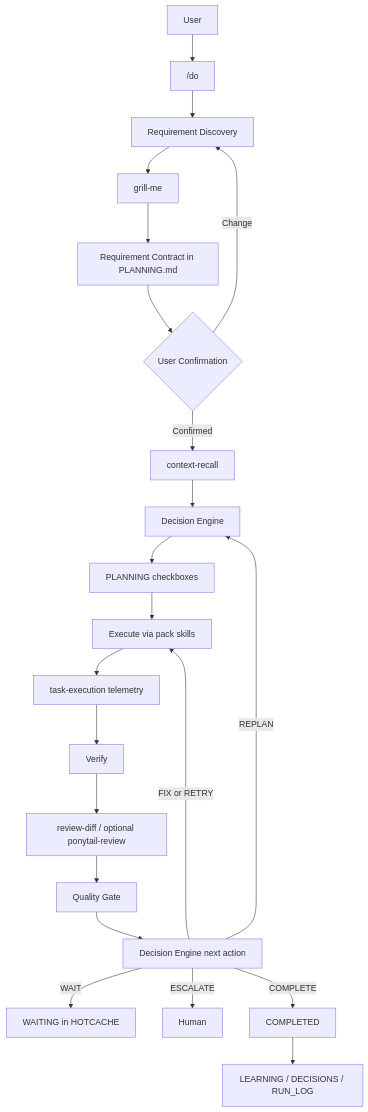
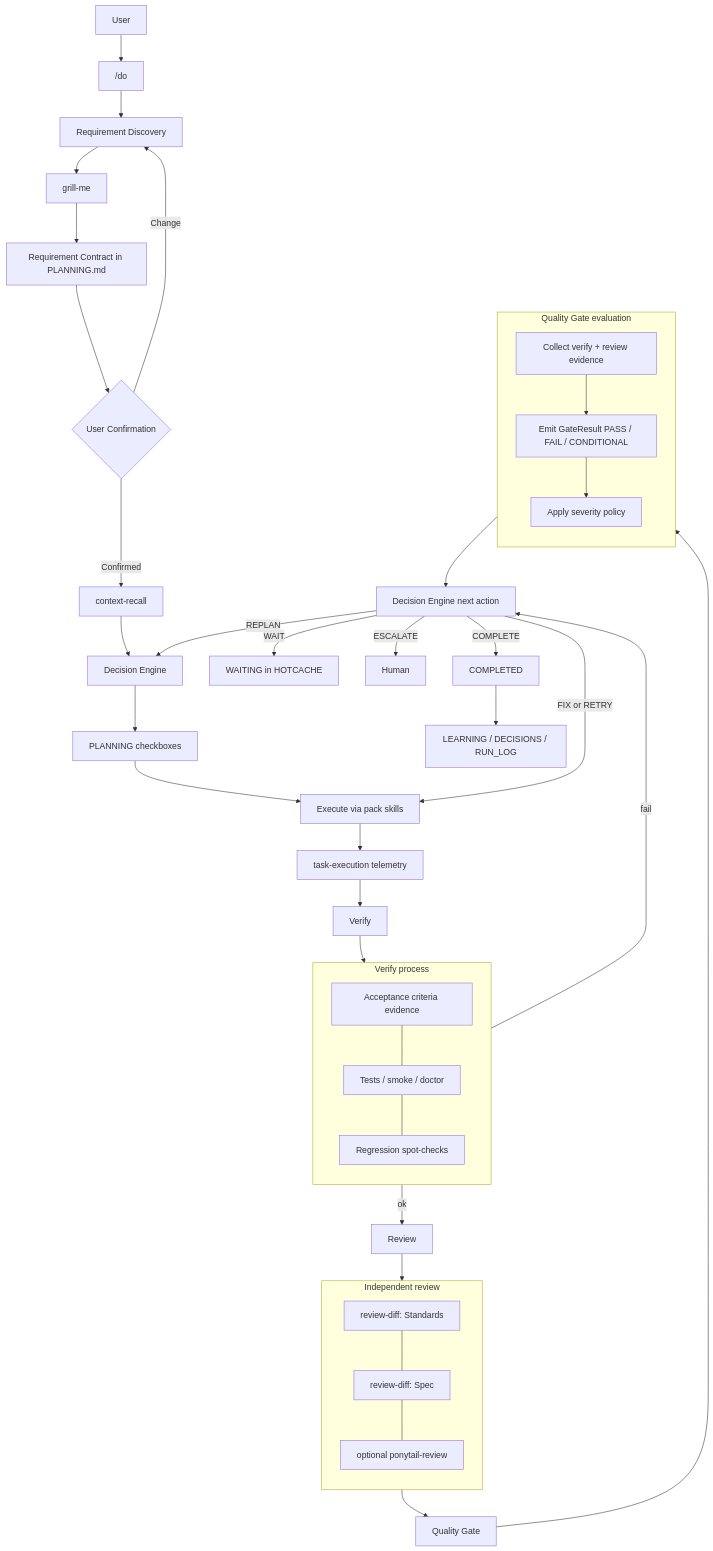
Before and after one commit to krerapus/assets-blueprint: the diagram in docs/loop-engineering.md, drawn with Mermaid. The commit also changed other lines of this file, not shown here.

Commit message:
loop-engineer | 🤖 docs: expand Verify and Quality Gate in loop-engineering

````diff
--- a/docs/loop-engineering.md
+++ b/docs/loop-engineering.md
@@ -72,27 +146,55 @@
 ```mermaid
 flowchart TD
     U[User] --> DO["/do"]
     DO --> RD[Requirement Discovery]
     RD --> G[grill-me]
     G --> RC[Requirement Contract in PLANNING.md]
     RC --> C{User Confirmation}
 
     C -->|Change| RD
     C -->|Confirmed| CTX[context-recall]
 
     CTX --> DE[Decision Engine]
     DE --> P[PLANNING checkboxes]
     P --> EX[Execute via pack skills]
     EX --> TE[task-execution telemetry]
+
     TE --> V[Verify]
-    V --> R[review-diff / optional ponytail-review]
-    R --> QG[Quality Gate]
+    subgraph VERIFY["Verify process"]
+      direction TB
+      V1[Acceptance criteria evidence]
+      V2[Tests / smoke / doctor]
+      V3[Regression spot-checks]
+      V1 --- V2 --- V3
+    end
+    V --> VERIFY
+    VERIFY -->|fail| DE2
+    VERIFY -->|ok| R[Review]
 
-    QG --> DE2[Decision Engine next action]
+    subgraph REVIEW["Independent review"]
+      direction TB
+      R1["review-diff: Standards"]
+      R2["review-diff: Spec"]
+      R3["optional ponytail-review"]
+      R1 --- R2 --- R3
+    end
+    R --> REVIEW
+    REVIEW --> QG[Quality Gate]
+
+    subgraph GATE["Quality Gate evaluation"]
+      direction TB
+      Q1[Collect verify + review evidence]
+      Q2["Emit GateResult PASS / FAIL / CONDITIONAL"]
+      Q3[Apply severity policy]
+      Q1 --> Q2 --> Q3
+    end
+    QG --> GATE
+    GATE --> DE2[Decision Engine next action]
+
     DE2 -->|FIX or RETRY| EX
     DE2 -->|REPLAN| DE
     DE2 -->|WAIT| W[WAITING in HOTCACHE]
     DE2 -->|ESCALATE| H[Human]
     DE2 -->|COMPLETE| DONE[COMPLETED]
     DONE --> L[LEARNING / DECISIONS / RUN_LOG]
 ```
````
